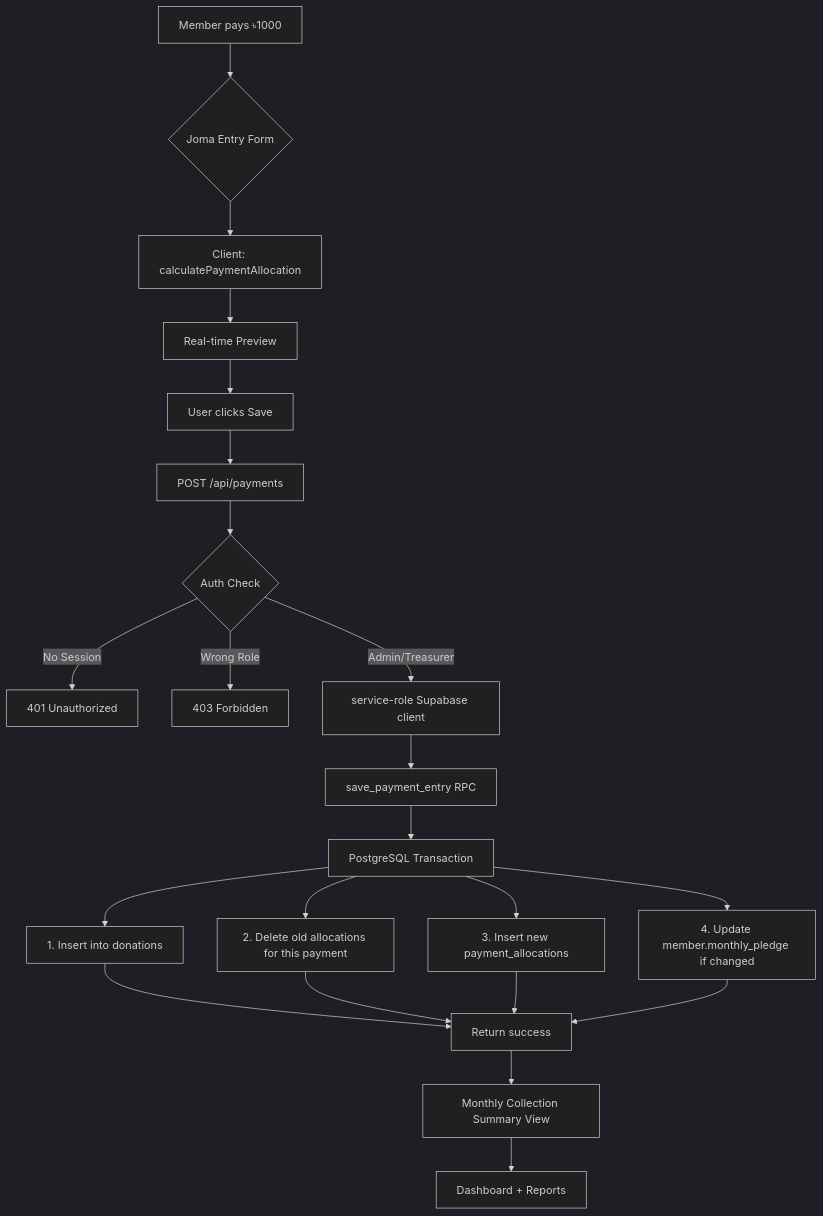
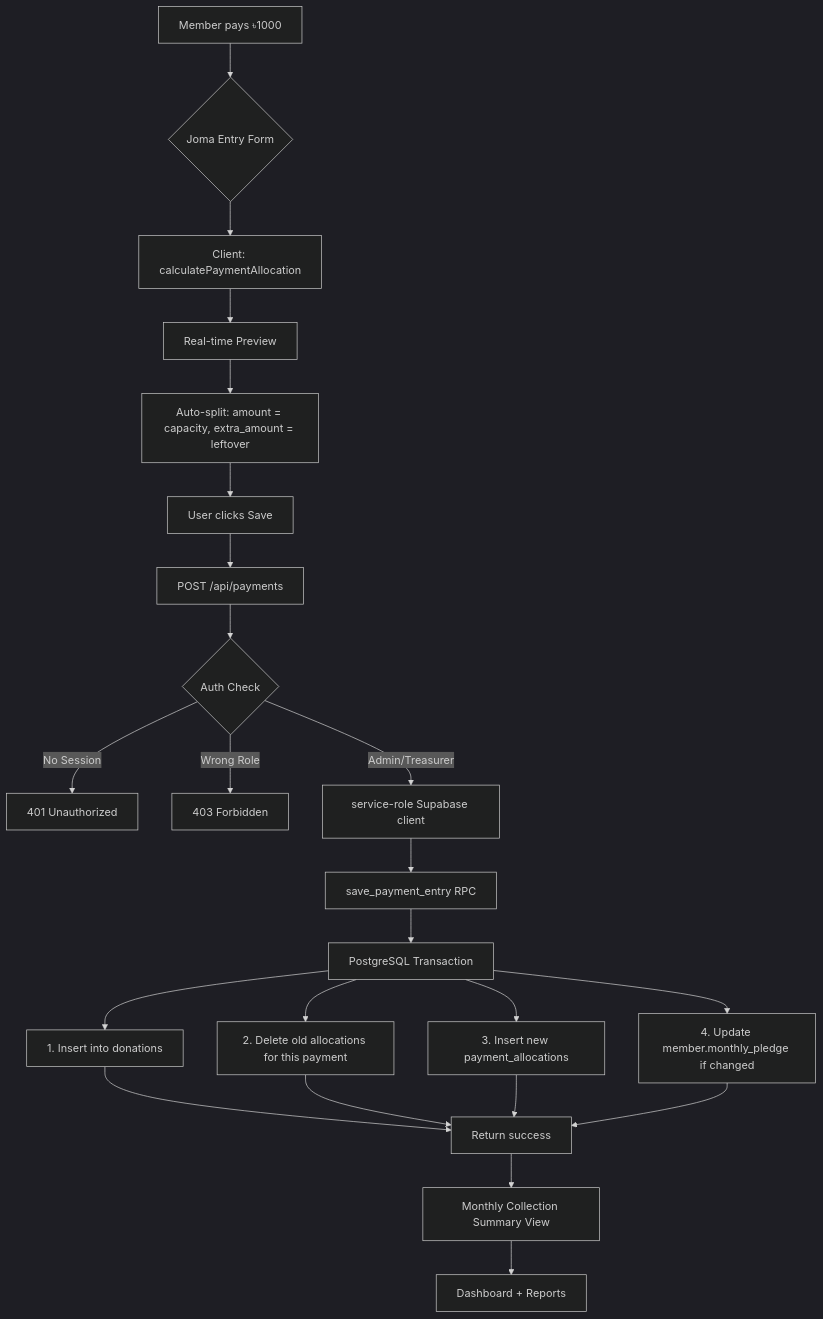
Before and after one commit to TheSpideyBro/foundation-app: the first of 7 diagrams in docs/architecture/DATA_FLOW.md, drawn with Mermaid (dark theme). The commit also changed 6 other files, not shown here.

````diff
--- a/docs/architecture/DATA_FLOW.md
+++ b/docs/architecture/DATA_FLOW.md
@@ -7,24 +7,25 @@
 ```mermaid
 flowchart TD
     A[Member pays ৳1000] --> B{Joma Entry Form}
     B --> C[Client: calculatePaymentAllocation]
     C --> D[Real-time Preview]
-    D --> E[User clicks Save]
+    D --> D2[Auto-split: amount = capacity, extra_amount = leftover]
+    D2 --> E[User clicks Save]
     E --> F[POST /api/payments]
     F --> G{Auth Check}
     G -->|No Session| H[401 Unauthorized]
     G -->|Wrong Role| I[403 Forbidden]
     G -->|Admin/Treasurer| J[service-role Supabase client]
     J --> K[save_payment_entry RPC]
     K --> L[PostgreSQL Transaction]
     L --> M[1. Insert into donations]
     L --> N[2. Delete old allocations for this payment]
     L --> O[3. Insert new payment_allocations]
     L --> P[4. Update member.monthly_pledge if changed]
     M --> Q[Return success]
     N --> Q
     O --> Q
     P --> Q
     Q --> R[Monthly Collection Summary View]
     R --> S[Dashboard + Reports]
 ```
````
